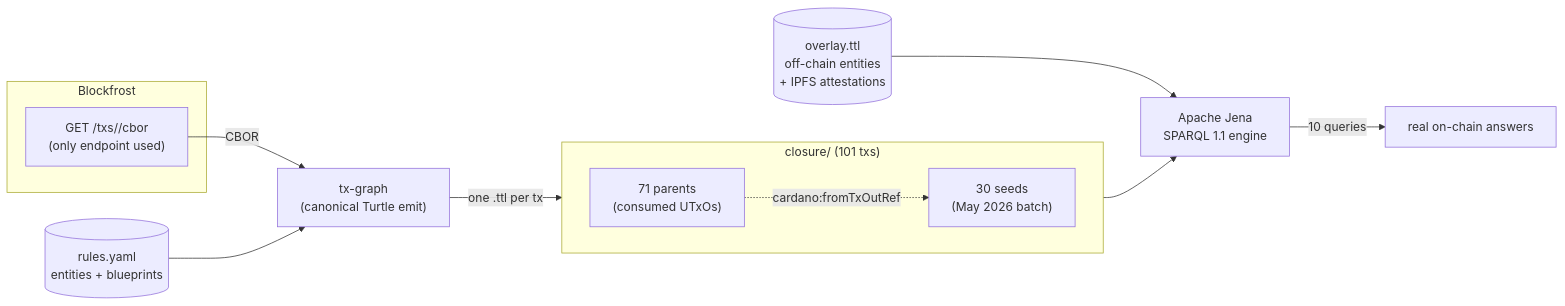
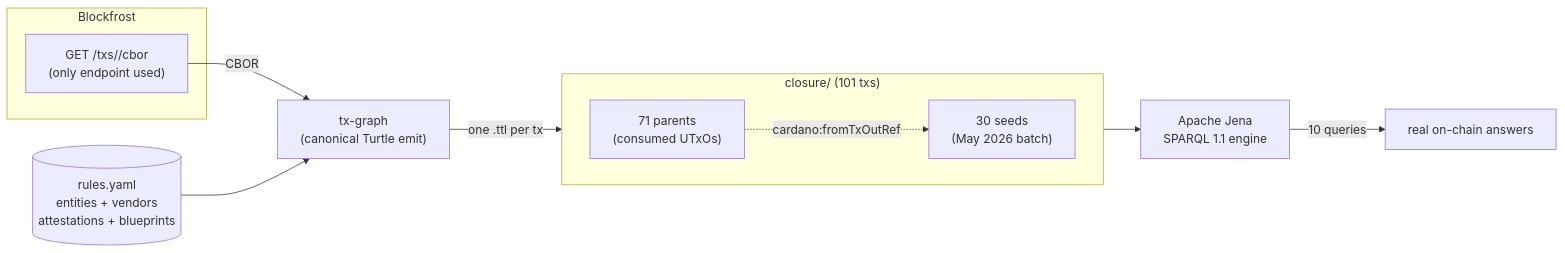
One commit to lambdasistemi/cardano-tx-tools changed the first of 5 diagrams in docs/may-2026-amaru-lattice.md. Above: the diagram before and after it, drawn with Mermaid. The commit also changed other lines of this file and 20 other files, not shown here.

````diff
--- a/docs/may-2026-amaru-lattice.md
+++ b/docs/may-2026-amaru-lattice.md
@@ -18,18 +18,17 @@
 ```mermaid
 flowchart LR
   subgraph blockfrost[Blockfrost]
     bf["GET /txs/<hash>/cbor<br/>(only endpoint used)"]
   end
   bf -->|CBOR| txgraph
-  rules[("rules.yaml<br/>entities + blueprints")] --> txgraph
+  rules[("rules.yaml<br/>entities + vendors<br/>attestations + blueprints")] --> txgraph
   txgraph["tx-graph<br/>(canonical Turtle emit)"] -->|one .ttl per tx| lattice
   subgraph lattice["closure/ (101 txs)"]
     direction LR
     seeds["30 seeds<br/>(May 2026 batch)"]
     parents["71 parents<br/>(consumed UTxOs)"]
     parents -. cardano:fromTxOutRef .-> seeds
   end
-  overlay[("overlay.ttl<br/>off-chain entities<br/>+ IPFS attestations")] --> jena
   lattice --> jena
   jena["Apache Jena<br/>SPARQL 1.1 engine"] -->|10 queries| results["real on-chain answers"]
 ```
````
